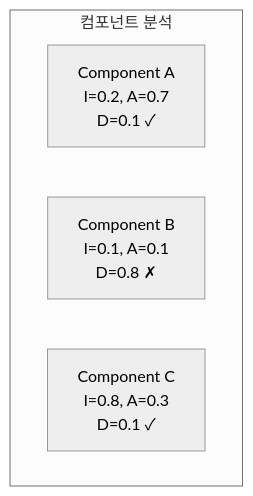
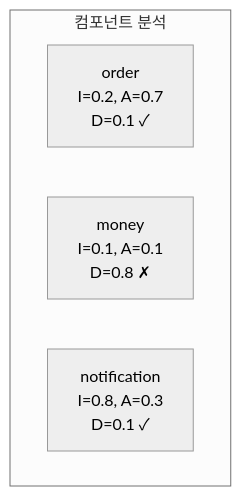
One commit to 42jerrykim/42jerrykim.github.io changed the tenth of 10 diagrams in content/collection/cleanarchitecture/23-component-coupling-adp-sdp-sap/index.md. Above: the diagram before and after it, drawn with Mermaid (neutral theme). The commit also changed other lines of this file and 3 other files, not shown here.

````diff
--- a/content/collection/cleanarchitecture/23-component-coupling-adp-sdp-sap/index.md
+++ b/content/collection/cleanarchitecture/23-component-coupling-adp-sdp-sap/index.md
@@ -349,8 +560,8 @@
 ```mermaid
 flowchart TB
     subgraph Analysis [컴포넌트 분석]
-        C1["Component A</br>I=0.2, A=0.7</br>D=0.1 ✓"]
-        C2["Component B</br>I=0.1, A=0.1</br>D=0.8 ✗"]
-        C3["Component C</br>I=0.8, A=0.3</br>D=0.1 ✓"]
+        C1["order</br>I=0.2, A=0.7</br>D=0.1 ✓"]
+        C2["money</br>I=0.1, A=0.1</br>D=0.8 ✗"]
+        C3["notification</br>I=0.8, A=0.3</br>D=0.1 ✓"]
     end
 ```
````
